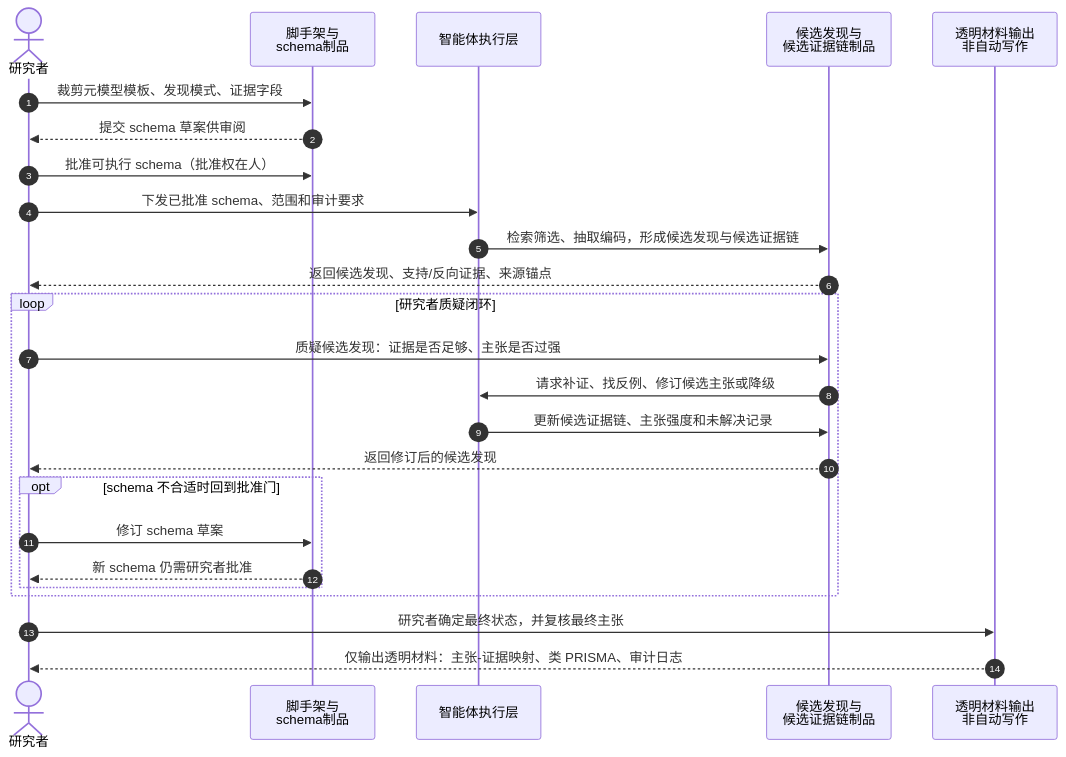
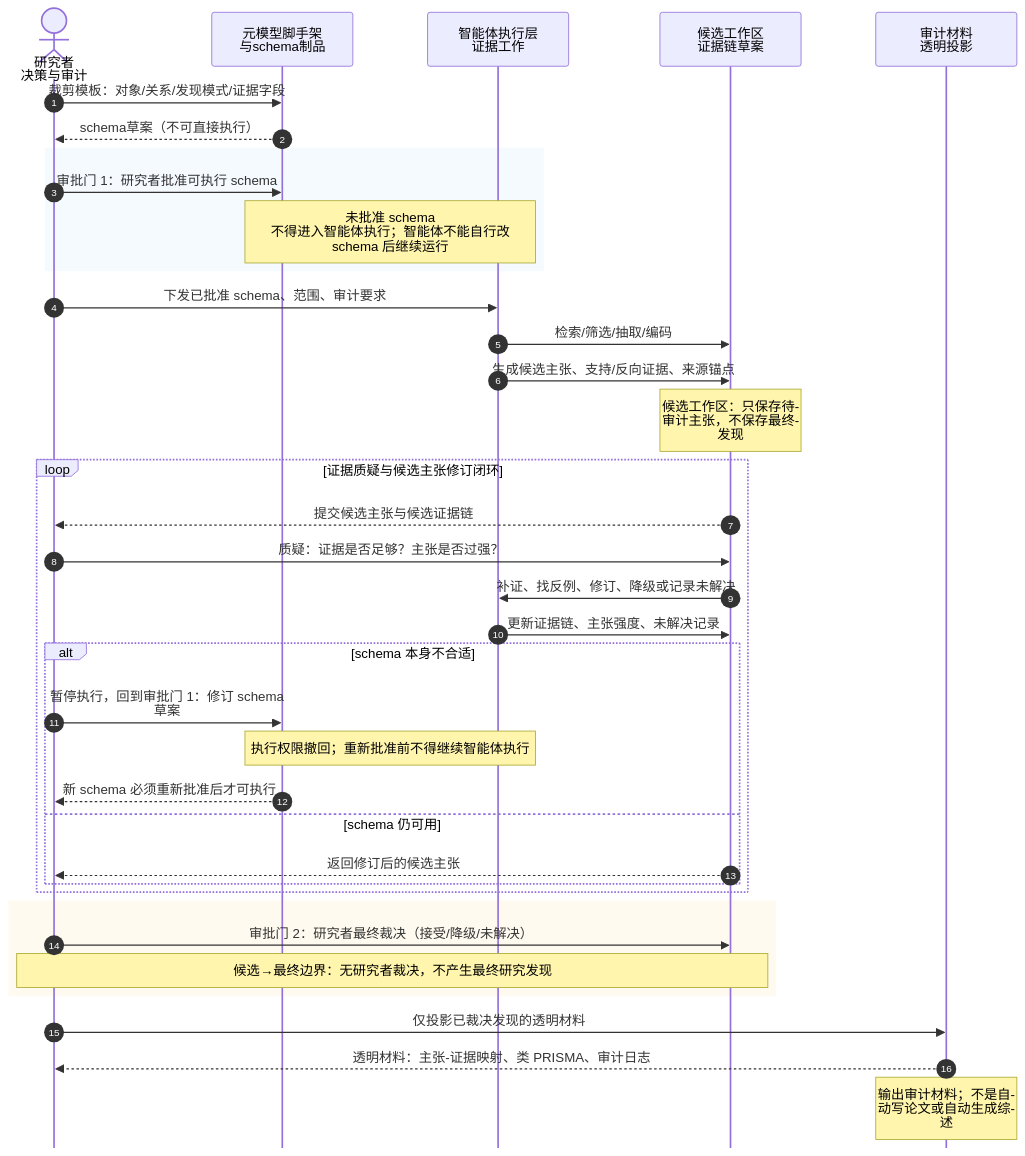
Before and after one commit to HansBug/research_ideas: the diagram in project_1_llm_state_machine_modeling/paper_agent_based_slr/story/paper_story.md, drawn with Mermaid. The commit also changed other lines of this file, not shown here.

Commit message:
docs(paper2): 强化S0方法图边界
- 将方法图改为审批门、候选工作区、质疑闭环和审计材料投影更清晰的时序图\n- 明确未批准 schema 不执行、schema 不合适需暂停并回审批门\n- 强化候选主张与最终研究发现边界以及非自动写作边界\n- 基于两轮 PNG 盲读复验消除 C/I 级误读风险

````diff
--- a/project_1_llm_state_machine_modeling/paper_agent_based_slr/story/paper_story.md
+++ b/project_1_llm_state_machine_modeling/paper_agent_based_slr/story/paper_story.md
@@ -66,30 +66,44 @@
 ```mermaid
+%%{init: {"sequence": {"mirrorActors": false, "wrap": true, "width": 170, "actorMargin": 90, "messageMargin": 48, "noteMargin": 12}}}%%
 sequenceDiagram
   autonumber
-  actor H as 研究者
-  participant S as 脚手架与<br/>schema制品
-  participant A as 智能体执行层
-  participant E as 候选发现与<br/>候选证据链制品
-  participant R as 透明材料输出<br/>非自动写作
+  actor H as 研究者<br/>决策与审计
+  participant S as 元模型脚手架<br/>与schema制品
+  participant A as 智能体执行层<br/>证据工作
+  participant E as 候选工作区<br/>证据链草案
+  participant R as 审计材料<br/>透明投影
 
-  H->>S: 裁剪元模型模板、发现模式、证据字段
-  S-->>H: 提交 schema 草案供审阅
-  H->>S: 批准可执行 schema（批准权在人）
-  H->>A: 下发已批准 schema、范围和审计要求
-  A->>E: 检索筛选、抽取编码，形成候选发现与候选证据链
-  E-->>H: 返回候选发现、支持/反向证据、来源锚点
+  H->>S: 裁剪模板：对象/关系/发现模式/证据字段
+  S-->>H: schema草案（不可直接执行）
+  rect rgb(245, 250, 255)
+    H->>S: 审批门 1：研究者批准可执行 schema
+    Note over S,A: 未批准 schema 不得进入智能体执行；智能体不能自行改 schema 后继续运行
+  end
 
-  loop 研究者质疑闭环
-    H->>E: 质疑候选发现：证据是否足够、主张是否过强
-    E->>A: 请求补证、找反例、修订候选主张或降级
-    A->>E: 更新候选证据链、主张强度和未解决记录
-    E-->>H: 返回修订后的候选发现
-    opt schema 不合适时回到批准门
-      H->>S: 修订 schema 草案
-      S-->>H: 新 schema 仍需研究者批准
+  H->>A: 下发已批准 schema、范围、审计要求
+  A->>E: 检索/筛选/抽取/编码
+  A->>E: 生成候选主张、支持/反向证据、来源锚点
+  Note over E: 候选工作区：只保存待审计主张，不保存最终发现
+
+  loop 证据质疑与候选主张修订闭环
+    E-->>H: 提交候选主张与候选证据链
+    H->>E: 质疑：证据是否足够？主张是否过强？
+    E->>A: 补证、找反例、修订、降级或记录未解决
+    A->>E: 更新证据链、主张强度、未解决记录
+    alt schema 本身不合适
+      H->>S: 暂停执行，回到审批门 1：修订 schema 草案
+      Note over S,A: 执行权限撤回；重新批准前不得继续智能体执行
+      S-->>H: 新 schema 必须重新批准后才可执行
+    else schema 仍可用
+      E-->>H: 返回修订后的候选主张
     end
   end
 
-  H->>R: 研究者确定最终状态，并复核最终主张
-  R-->>H: 仅输出透明材料：主张-证据映射、类 PRISMA、审计日志
+  rect rgb(255, 250, 240)
+    H->>E: 审批门 2：研究者最终裁决（接受/降级/未解决）
+    Note over H,E: 候选→最终边界：无研究者裁决，不产生最终研究发现
+  end
+  H->>R: 仅投影已裁决发现的透明材料
+  R-->>H: 透明材料：主张-证据映射、类 PRISMA、审计日志
+  Note over R: 输出审计材料；不是自动写论文或自动生成综述
 ```
````
